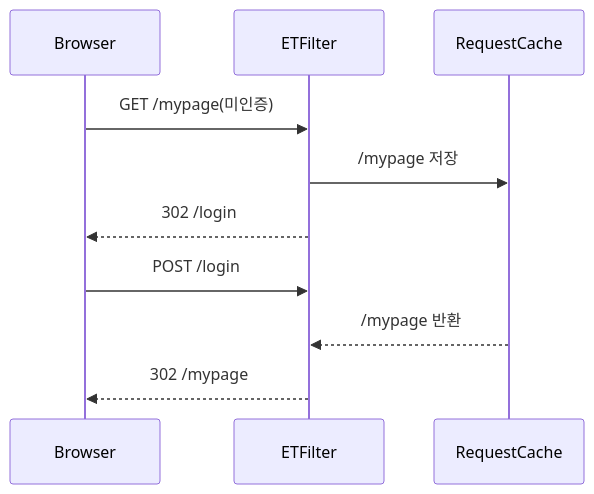
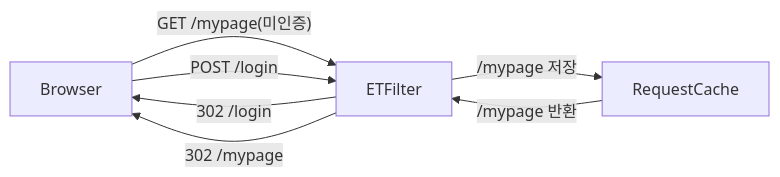
Before and after one commit to yjkim2015/yjkim2015.github.io: the second of 3 diagrams in _posts/security/2021-05-16-예외 처리 및 요청 캐시 필터.md, drawn with Mermaid. The commit also changed 32 other files, not shown here.

First line of the commit message:
sequenceDiagram 82개 → graph LR 변환 완료

````diff
--- a/_posts/security/2021-05-16-예외 처리 및 요청 캐시 필터.md
+++ b/_posts/security/2021-05-16-예외 처리 및 요청 캐시 필터.md
@@ -54,12 +54,9 @@
 ```mermaid
-sequenceDiagram
-    participant B as Browser
-    participant ETF as ETFilter
-    participant RC as RequestCache
-    B->>ETF: GET /mypage(미인증)
-    ETF->>RC: /mypage 저장
-    ETF-->>B: 302 /login
-    B->>ETF: POST /login
-    RC-->>ETF: /mypage 반환
-    ETF-->>B: 302 /mypage
+graph LR
+    B["Browser"] -->|"GET /mypage(미인증)"| ETF["ETFilter"]
+    ETF -->|"/mypage 저장"| RC["RequestCache"]
+    ETF -->|"302 /login"| B
+    B -->|"POST /login"| ETF
+    RC -->|"/mypage 반환"| ETF
+    ETF -->|"302 /mypage"| B
 ```
````
